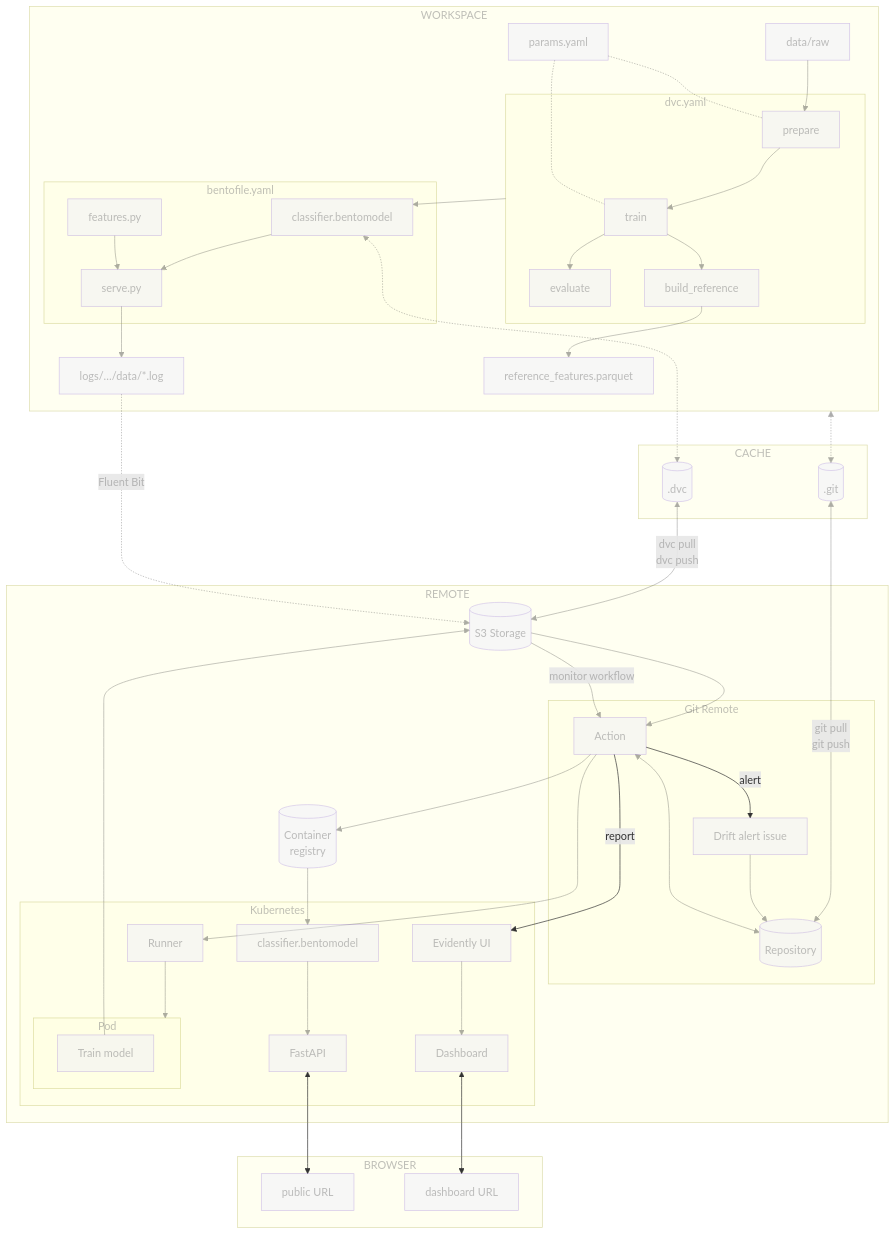
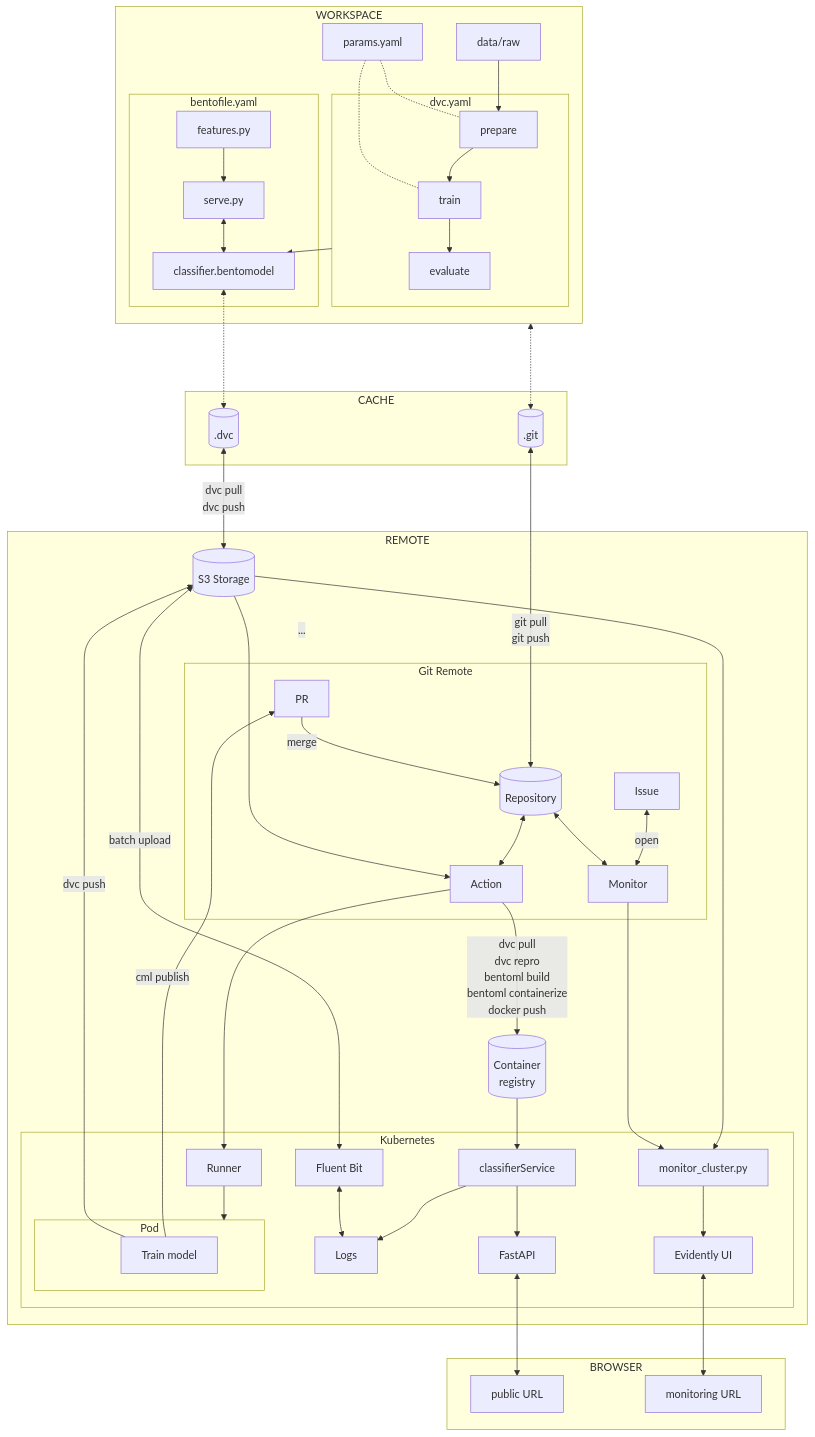
The diagram in docs/part-4-monitor-and-maintain/conclusion.md (swiss-ai-center/a-guide-to-mlops), drawn with Mermaid before and after one commit. The commit also changed 8 other files, not shown here.

Commit message:
Normalize mermaid diagram labels for BentoML service (#421)

````diff
--- a/docs/part-4-monitor-and-maintain/conclusion.md
+++ b/docs/part-4-monitor-and-maintain/conclusion.md
@@ -34,118 +34,65 @@
     end
 
     subgraph workspaceGraph[WORKSPACE]
-        dvcGraph --> bento_model[classifier.bentomodel]
         subgraph bentoGraph[bentofile.yaml]
-            bento_model --> serve[serve.py]
+            serve[serve.py] <--> bento_model[classifier.bentomodel]
             features[features.py] --> serve
         end
-        serve --> drift_logs["logs/…/data/*.log"]
         bento_model <-.-> dot_dvc
 
         data --> prepare
-        params[params.yaml] -.- prepare
         subgraph dvcGraph["dvc.yaml"]
             prepare --> train
             train --> evaluate
-            train --> build_reference
         end
         params -.- train
-        build_reference --> reference_features[reference_features.parquet]
+        params[params.yaml] -.- prepare
+        dvcGraph --> bento_model
     end
 
     subgraph remoteGraph[REMOTE]
         s3_storage
         subgraph gitGraph[Git Remote]
+            request[PR] --> |merge|repository
+            issue[Issue] <--> |open| action_monitor
             repository[(Repository)] <--> action[Action]
-            issue[Drift alert issue] --> repository
+            repository <--> action_monitor[Monitor]
         end
-        action --> registry
+        action --> |dvc pull
+                    dvc repro
+                    bentoml build
+                    bentoml containerize
+                    docker push|registry
+        s3_storage -.- |...|request
+
         s3_storage --> action
         subgraph clusterGraph[Kubernetes]
             subgraph clusterPodGraph[Pod]
                 pod_train[Train model]
             end
             pod_runner[Runner] --> clusterPodGraph
-            bento_service_cluster[classifier.bentomodel] --> k8s_fastapi[FastAPI]
-            evidently_ui[Evidently UI] --> dashboard[Dashboard]
+            bento_service_cluster[classifierService] --> k8s_fastapi[FastAPI]
+            bento_service_cluster --> cluster_logs[Logs]
+            fluent_bit[Fluent Bit] <--> cluster_logs
+            monitor_cluster[monitor_cluster.py]
+            k8s_evidentlyui[Evidently UI]
         end
         action --> pod_runner
-        pod_train --> s3_storage
+        pod_train -->|cml publish| request
+        pod_train -->|dvc push| s3_storage
+        s3_storage <--> |batch upload| fluent_bit
 
         registry[(Container
                   registry)] --> bento_service_cluster
+        s3_storage --> monitor_cluster
+        action_monitor --> monitor_cluster
+        monitor_cluster --> k8s_evidentlyui
     end
-
-    drift_logs -.->|Fluent Bit| s3_storage
-    s3_storage -->|monitor workflow| action
-    action -->|report| evidently_ui
-    action -->|alert| issue
 
     subgraph browserGraph[BROWSER]
         k8s_fastapi <--> publicURL["public URL"]
-        dashboard <--> dashboardURL["dashboard URL"]
+        k8s_evidentlyui <--> monitoringURL["monitoring URL"]
     end
 
-    style workspaceGraph opacity:0.4,color:#7f7f7f80
-    style cacheGraph opacity:0.4,color:#7f7f7f80
-    style remoteGraph opacity:0.4,color:#7f7f7f80
-    style gitGraph opacity:0.4,color:#7f7f7f80
-    style clusterGraph opacity:0.4,color:#7f7f7f80
-    style clusterPodGraph opacity:0.4,color:#7f7f7f80
-    style browserGraph opacity:0.4,color:#7f7f7f80
-    style params opacity:0.4,color:#7f7f7f80
-    style data opacity:0.4,color:#7f7f7f80
-    style prepare opacity:0.4,color:#7f7f7f80
-    style train opacity:0.4,color:#7f7f7f80
-    style evaluate opacity:0.4,color:#7f7f7f80
-    style build_reference opacity:0.4,color:#7f7f7f80
-    style dvcGraph opacity:0.4,color:#7f7f7f80
-    style bentoGraph opacity:0.4,color:#7f7f7f80
-    style bento_model opacity:0.4,color:#7f7f7f80
-    style serve opacity:0.4,color:#7f7f7f80
-    style features opacity:0.4,color:#7f7f7f80
-    style drift_logs opacity:0.4,color:#7f7f7f80
-    style reference_features opacity:0.4,color:#7f7f7f80
-    style dot_git opacity:0.4,color:#7f7f7f80
-    style dot_dvc opacity:0.4,color:#7f7f7f80
-    style repository opacity:0.4,color:#7f7f7f80
-    style s3_storage opacity:0.4,color:#7f7f7f80
-    style action opacity:0.4,color:#7f7f7f80
-    style registry opacity:0.4,color:#7f7f7f80
-    style bento_service_cluster opacity:0.4,color:#7f7f7f80
-    style k8s_fastapi opacity:0.4,color:#7f7f7f80
-    style publicURL opacity:0.4,color:#7f7f7f80
-    style dashboard opacity:0.4,color:#7f7f7f80
-    style dashboardURL opacity:0.4,color:#7f7f7f80
-    style evidently_ui opacity:0.4,color:#7f7f7f80
-    style issue opacity:0.4,color:#7f7f7f80
-    style pod_runner opacity:0.4,color:#7f7f7f80
-    style pod_train opacity:0.4,color:#7f7f7f80
-    linkStyle 0 opacity:0.4,color:#7f7f7f80
-    linkStyle 1 opacity:0.4,color:#7f7f7f80
-    linkStyle 2 opacity:0.4,color:#7f7f7f80
-    linkStyle 3 opacity:0.4,color:#7f7f7f80
-    linkStyle 4 opacity:0.4,color:#7f7f7f80
-    linkStyle 5 opacity:0.4,color:#7f7f7f80
-    linkStyle 6 opacity:0.4,color:#7f7f7f80
-    linkStyle 7 opacity:0.4,color:#7f7f7f80
-    linkStyle 8 opacity:0.4,color:#7f7f7f80
-    linkStyle 9 opacity:0.4,color:#7f7f7f80
-    linkStyle 10 opacity:0.4,color:#7f7f7f80
-    linkStyle 11 opacity:0.4,color:#7f7f7f80
-    linkStyle 12 opacity:0.4,color:#7f7f7f80
-    linkStyle 13 opacity:0.4,color:#7f7f7f80
-    linkStyle 14 opacity:0.4,color:#7f7f7f80
-    linkStyle 15 opacity:0.4,color:#7f7f7f80
-    linkStyle 16 opacity:0.4,color:#7f7f7f80
-    linkStyle 17 opacity:0.4,color:#7f7f7f80
-    linkStyle 18 opacity:0.4,color:#7f7f7f80
-    linkStyle 19 opacity:0.4,color:#7f7f7f80
-    linkStyle 20 opacity:0.4,color:#7f7f7f80
-    linkStyle 21 opacity:0.4,color:#7f7f7f80
-    linkStyle 22 opacity:0.4,color:#7f7f7f80
-    linkStyle 23 opacity:0.4,color:#7f7f7f80
-    linkStyle 24 opacity:0.4,color:#7f7f7f80
-    linkStyle 25 opacity:0.4,color:#7f7f7f80
-    linkStyle 26 opacity:0.4,color:#7f7f7f80
+    linkStyle 17 opacity:0.0
 ```
````
